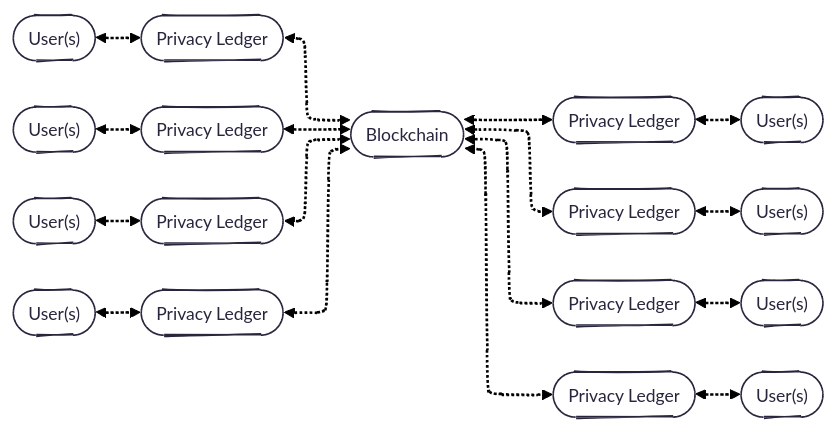
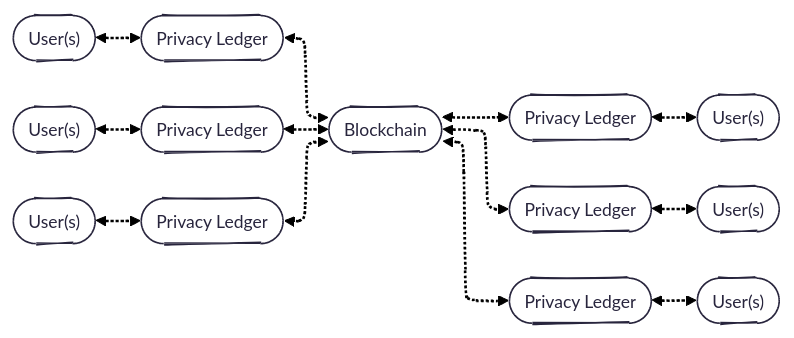
Before and after one commit to raylsnetwork/Enygma: the first of 3 diagrams in enygma_payments/README.md, drawn with Mermaid.

````diff
--- a/enygma_payments/README.md
+++ b/enygma_payments/README.md
@@ -5,41 +5,35 @@
 ```mermaid
 ---
 config:
   theme: redux
   layout: elk
   look: handDrawn
 ---
 flowchart LR
     UA(["User(s)"])
     UB(["User(s)"])
     UC(["User(s)"])
-    UD(["User(s)"])
 
     UE(["User(s)"])
     UF(["User(s)"])
     UG(["User(s)"])
-    UH(["User(s)"])
 
     PLA(["Privacy Ledger"])
     PLB(["Privacy Ledger"])
     PLC(["Privacy Ledger"])
-    PLD(["Privacy Ledger"])
 
     B(["Blockchain"])
     PLE(["Privacy Ledger"])
     PLF(["Privacy Ledger"])
     PLG(["Privacy Ledger"])
-    PLH(["Privacy Ledger"])
 
-    PLA & PLB & PLC & PLD <-.-> B <-.-> PLE & PLF & PLG & PLH
+    PLA & PLB & PLC <-.-> B <-.-> PLE & PLF & PLG
 
     UA <-.-> PLA
     UB <-.-> PLB
     UC <-.-> PLC
-    UD <-.-> PLD
 
     PLE <-.-> UE
     PLF <-.-> UF
     PLG <-.-> UG
-    PLH <-.-> UH
 ```
````
